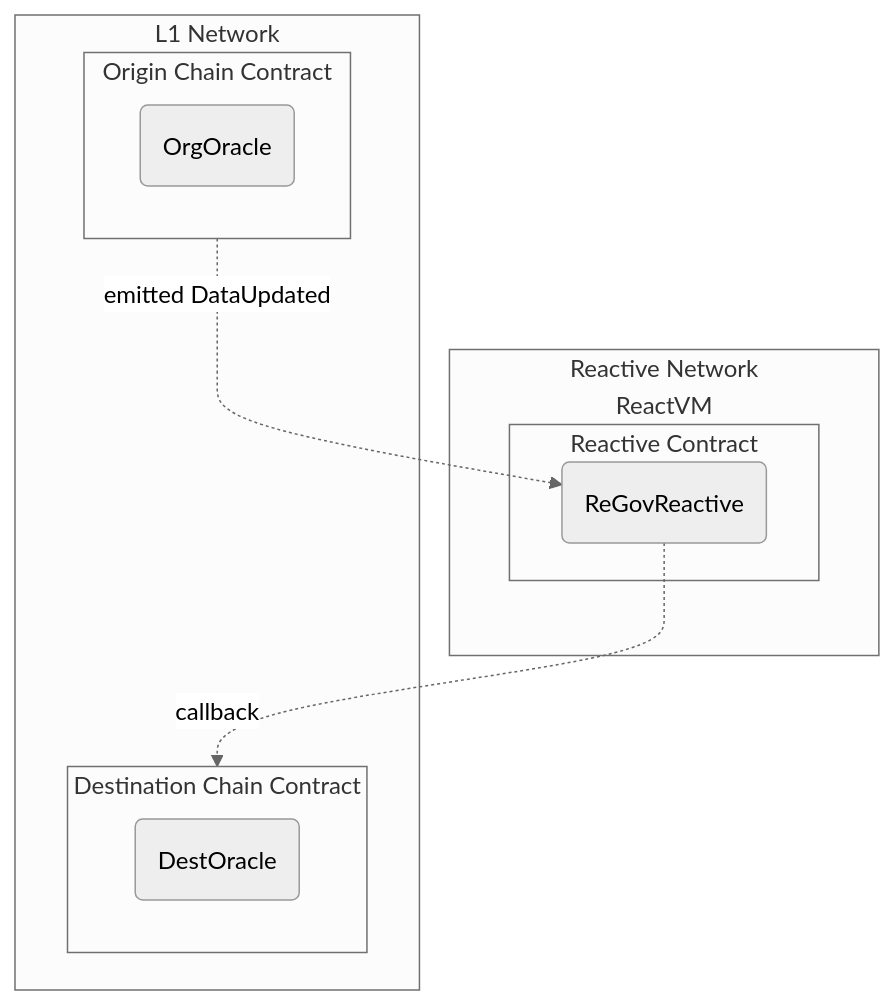
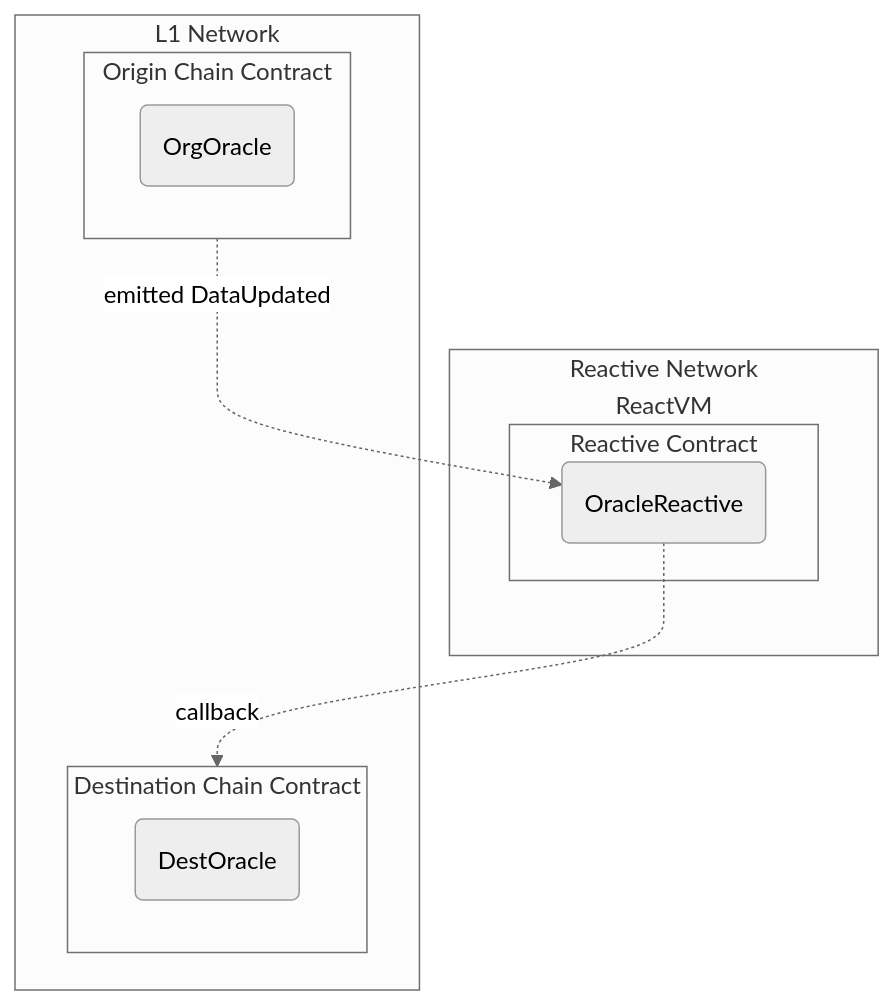
One commit to Reactive-Network/reactive-bounties changed the diagram in src/demos/cross-chain-oracle/README.md. Above: the diagram before and after it, drawn with Mermaid (neutral theme).

````diff
--- a/src/demos/cross-chain-oracle/README.md
+++ b/src/demos/cross-chain-oracle/README.md
@@ -11,24 +11,24 @@
 ```mermaid
 %%{ init: { 'flowchart': { 'curve': 'basis' } } }%%
 flowchart TB
     subgraph RN["Reactive Network"]
         subgraph RV["ReactVM"]
             subgraph RC["Reactive Contract"]
-                RGR("ReGovReactive")
+                RGR("OracleReactive")
             end
         end
     end
     subgraph L1["L1 Network"]
         subgraph OCC["Origin Chain Contract"]
             RGE("OrgOracle")
         end
         subgraph DCC["Destination Chain Contract"]
             RGL1("DestOracle")
         end
     end
 
 OCC -. emitted DataUpdated .-> RGR
 RGR -. callback .-> DCC
 
 style RV stroke:transparent
 ```
````
